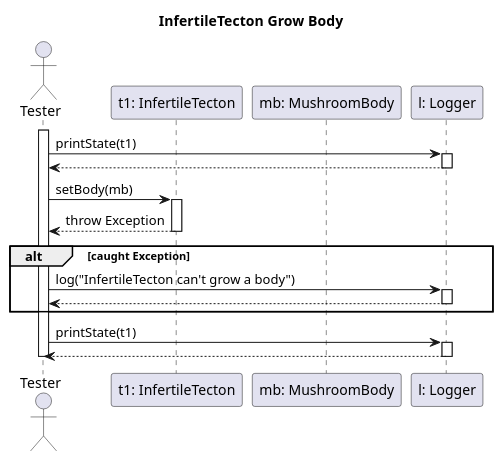
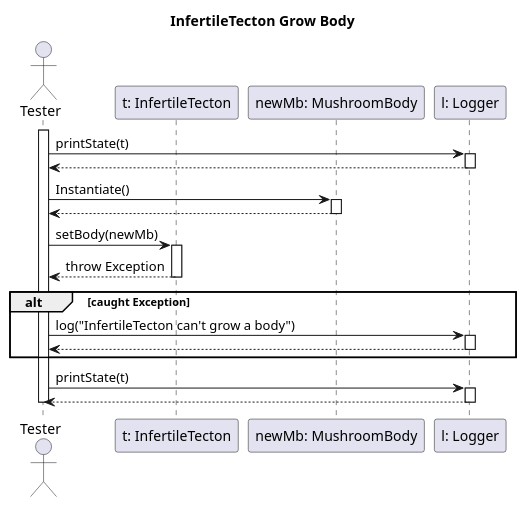
One commit to dzsem/projlab changed the diagram in diagrams/test-sequence/infertileTectonGrowBody.puml. Above: the diagram before and after it, drawn with PlantUML. The commit also changed 12 other files, not shown here.

```diff
--- a/diagrams/test-sequence/infertileTectonGrowBody.puml
+++ b/diagrams/test-sequence/infertileTectonGrowBody.puml
@@ -1,37 +1,42 @@
 @startuml InfertileTectonGrowBodyTest
 
 title InfertileTecton Grow Body
 
 actor "Tester" as ts
-participant "t1: InfertileTecton" as t
-participant "mb: MushroomBody" as mb
+participant "t: InfertileTecton" as t
+participant "newMb: MushroomBody" as newMb
 participant "l: Logger" as l
 
 activate ts
 
-ts -> l: printState(t1)
+ts -> l: printState(t)
 activate l
 ts <-- l
 deactivate l
 
-ts -> t: setBody(mb)
+ts -> newMb: Instantiate()
+activate newMb
+ts <-- newMb
+deactivate newMb
+
+ts -> t: setBody(newMb)
 activate t
 
 ts <-- t: throw Exception
 deactivate t
 
 alt caught Exception
     ts -> l: log("InfertileTecton can't grow a body")
     activate l
     ts <-- l
     deactivate l
 end
 
-ts -> l: printState(t1)
+ts -> l: printState(t)
 activate l
 ts <-- l
 deactivate l
 
 deactivate ts
 
 @enduml
```
